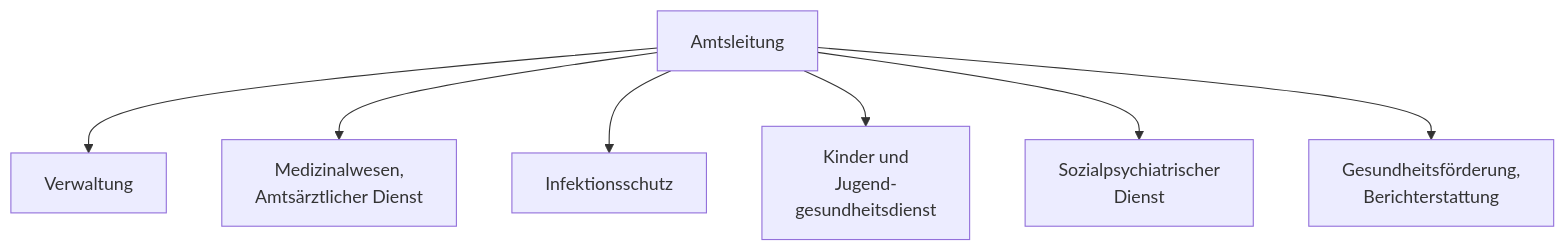
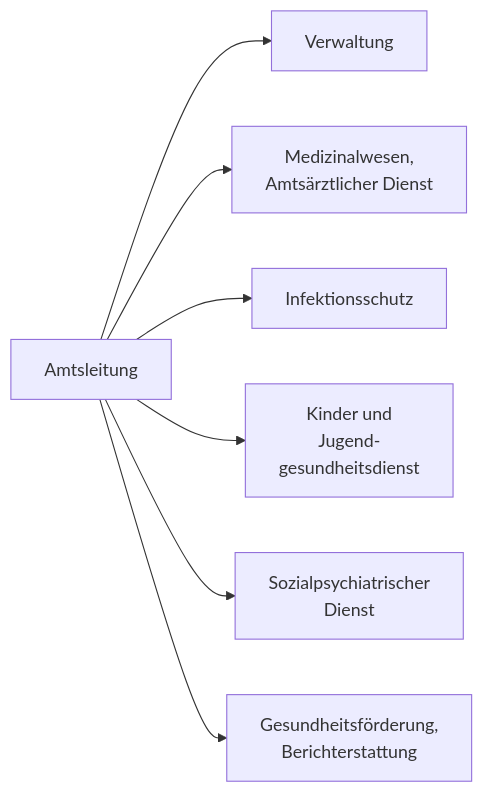
The diagram in _posts/2019-01-15-das-oeffentliche-gesundheitswesen.markdown (jakobschumacher/mitschrift_weiterbildungskurs), drawn with Mermaid before and after one commit. The commit also changed other lines of this file and 1 other file, not shown here.

```diff
--- a/_posts/2019-01-15-das-oeffentliche-gesundheitswesen.markdown
+++ b/_posts/2019-01-15-das-oeffentliche-gesundheitswesen.markdown
@@ -55,9 +55,9 @@
 <div class="mermaid">
-graph TD;
+graph LR;
     Amtsleitung-->Verwaltung;
     Amtsleitung-->B["Medizinalwesen, <br> Amtsärztlicher Dienst"];
     Amtsleitung-->Infektionsschutz;
     Amtsleitung-->D["Kinder und <br> Jugend- <br> gesundheitsdienst"];
     Amtsleitung-->E["Sozialpsychiatrischer <br> Dienst"];
     Amtsleitung-->F["Gesundheitsförderung, <br> Berichterstattung"];
 </div>
```
